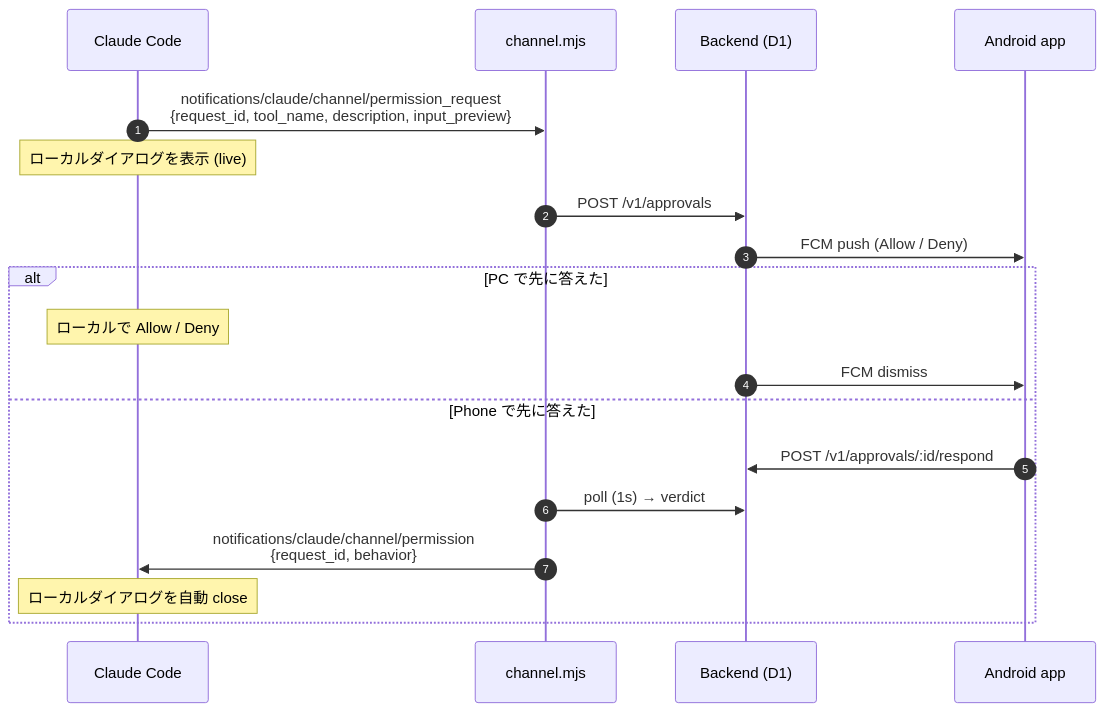
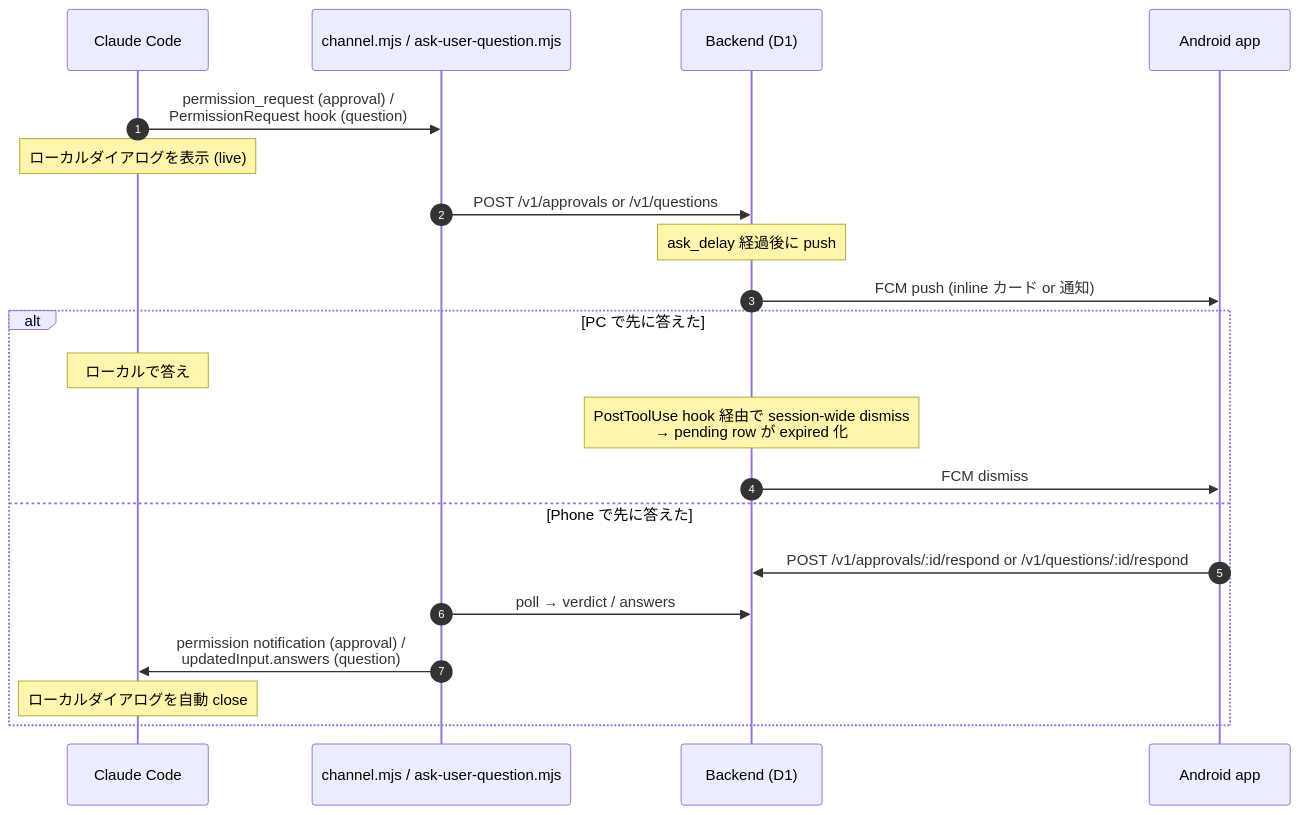
One commit to tachibanayu24/claude-code-remote changed the second of 2 diagrams in README.md. Above: the diagram before and after it, drawn with Mermaid. The commit also changed other lines of this file and 3 other files, not shown here.

Commit message:
docs: AskUserQuestion 込みの最新状態に全面更新 — README に question relay と PermissionRequest hook 経路を追加、handover.md を migration 0016 / Phase 4 完了で refresh、CLAUDE.md にドメイン用語表 (approval / question / interaction の使い分け) を追加、docs/architecture.md を新規作成しモジュール責務マップ + 4 経路のデータフロー + 拡張ガイド + 用語集を 1 ファイルにまとめる

````diff
--- a/README.md
+++ b/README.md
@@ -60,23 +64,25 @@
 ```mermaid
 sequenceDiagram
   autonumber
   participant CC as Claude Code
-  participant CH as channel.mjs
+  participant Rly as channel.mjs / ask-user-question.mjs
   participant BE as Backend (D1)
   participant PH as Android app
 
-  CC->>CH: notifications/claude/channel/permission_request<br/>{request_id, tool_name, description, input_preview}
+  CC->>Rly: permission_request (approval) /<br/>PermissionRequest hook (question)
   Note over CC: ローカルダイアログを表示 (live)
-  CH->>BE: POST /v1/approvals
-  BE->>PH: FCM push (Allow / Deny)
+  Rly->>BE: POST /v1/approvals or /v1/questions
+  Note over BE: ask_delay 経過後に push
+  BE->>PH: FCM push (inline カード or 通知)
 
   alt PC で先に答えた
-    Note over CC: ローカルで Allow / Deny
+    Note over CC: ローカルで答え
+    Note over BE: PostToolUse hook 経由で session-wide dismiss<br/>→ pending row が expired 化
     BE->>PH: FCM dismiss
   else Phone で先に答えた
-    PH->>BE: POST /v1/approvals/:id/respond
-    CH->>BE: poll (1s) → verdict
-    CH->>CC: notifications/claude/channel/permission<br/>{request_id, behavior}
+    PH->>BE: POST /v1/approvals/:id/respond or /v1/questions/:id/respond
+    Rly->>BE: poll → verdict / answers
+    Rly->>CC: permission notification (approval) /<br/>updatedInput.answers (question)
     Note over CC: ローカルダイアログを自動 close
   end
 ```
````
